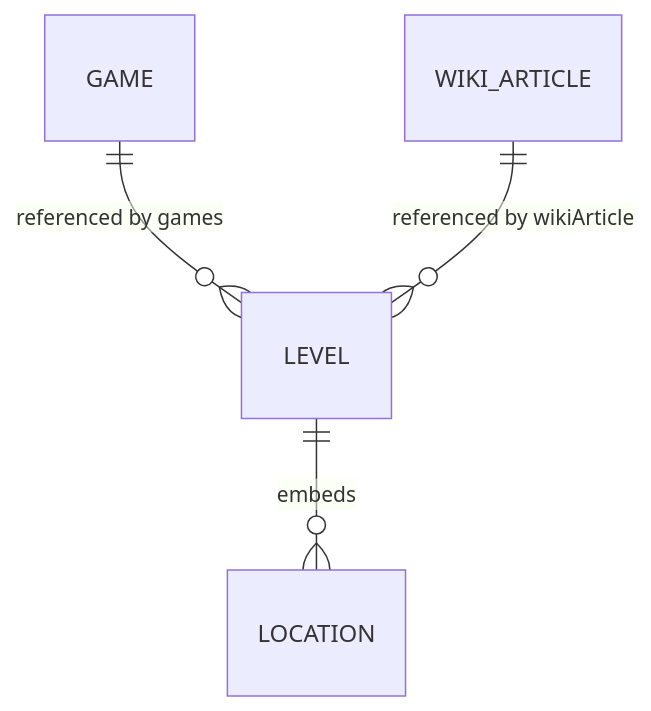
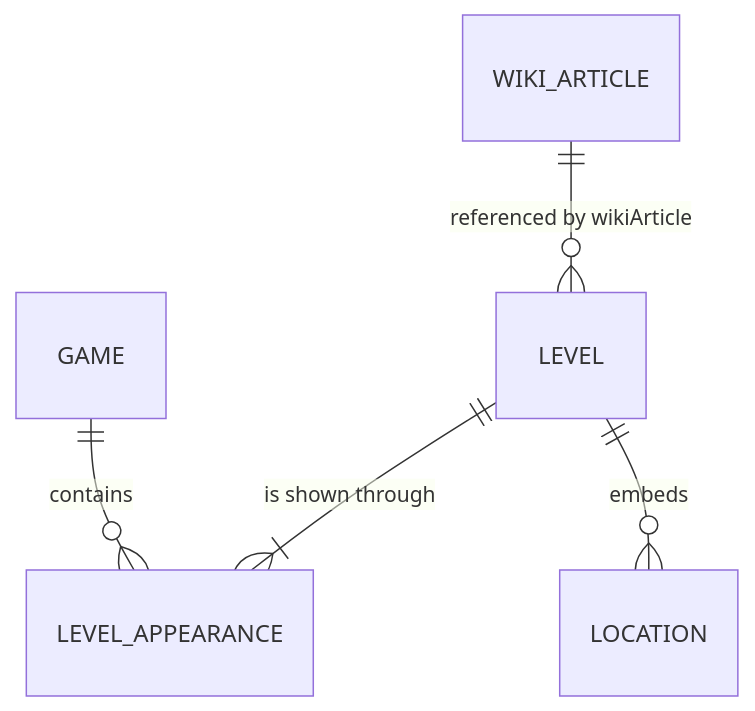
The first of 2 diagrams in docs/data-model.md (time-wasters/cod-atlas), drawn with Mermaid before and after one commit. The commit also changed other lines of this file and 181 other files, not shown here.

````diff
--- a/docs/data-model.md
+++ b/docs/data-model.md
@@ -8,6 +8,7 @@
 ```mermaid
 erDiagram
-  GAME ||--o{ LEVEL : "referenced by games"
+  GAME ||--o{ LEVEL_APPEARANCE : "contains"
+  LEVEL ||--|{ LEVEL_APPEARANCE : "is shown through"
   WIKI_ARTICLE ||--o{ LEVEL : "referenced by wikiArticle"
   LEVEL ||--o{ LOCATION : "embeds"
 ```
````
